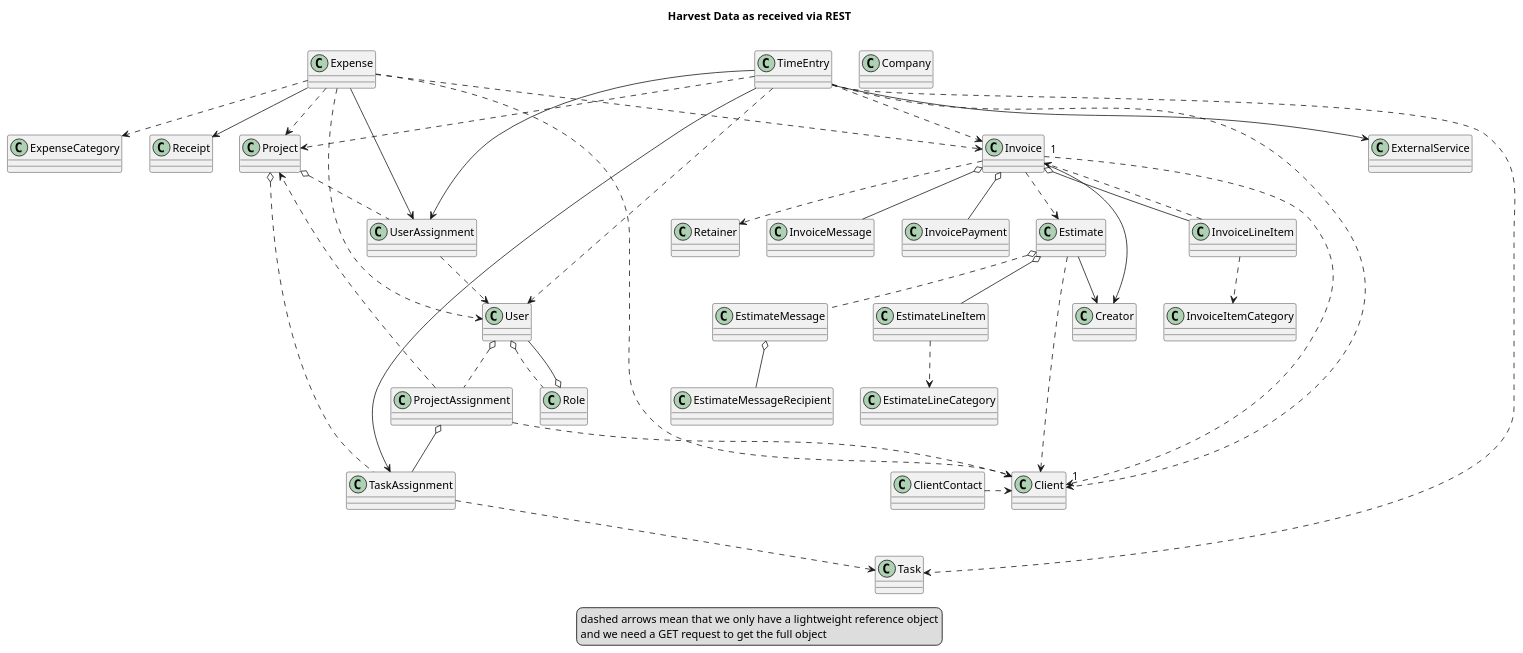
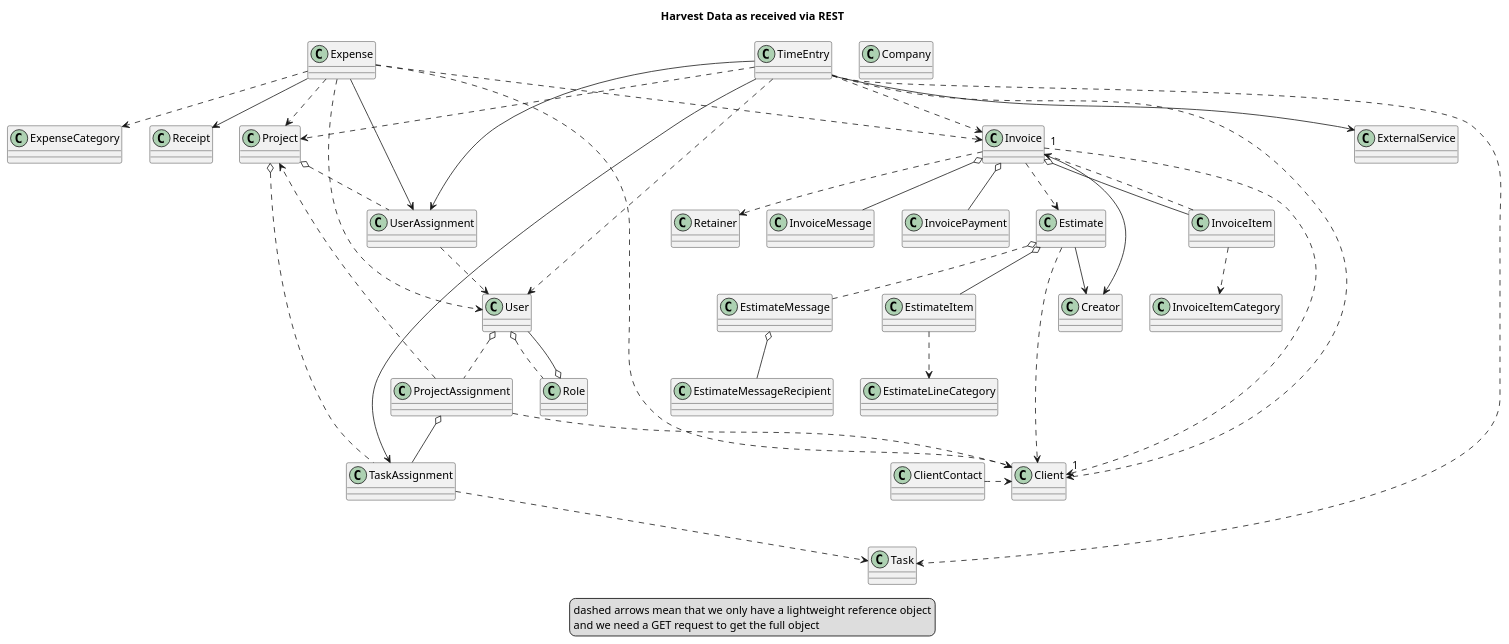
The diagram in design/rest_diagram_flat.png.puml (3AP-AG/harvest-client), drawn with PlantUML before and after one commit. The commit also changed 2 other files, not shown here.

Commit message:
update design uml with class changes

```diff
--- a/design/rest_diagram_flat.png.puml
+++ b/design/rest_diagram_flat.png.puml
@@ -1,69 +1,69 @@
 @startuml
 Title Harvest Data as received via REST
 class Company
 
 Invoice "1" ..> "1" Client
-Invoice o-- InvoiceLineItem
+Invoice o-- InvoiceItem
 Invoice ..> Estimate
 Invoice ..> Retainer
 Invoice --> Creator
 
-InvoiceLineItem ..> Invoice
-InvoiceLineItem ..> InvoiceItemCategory
+InvoiceItem ..> Invoice
+InvoiceItem ..> InvoiceItemCategory
 
 ' by endpoint
 Invoice o-- InvoiceMessage
 Invoice o-- InvoicePayment
 
 Expense ..> Client
 Expense ..> Project
 Expense ..> ExpenseCategory
 Expense ..> User
 Expense --> UserAssignment
 Expense --> Receipt
 Expense ..> Invoice
 
 Estimate ..> Client
-Estimate o-- EstimateLineItem
+Estimate o-- EstimateItem
 Estimate --> Creator
 
 ' by endpoint
 Estimate o.. EstimateMessage
 
-EstimateLineItem ..> EstimateLineCategory
+EstimateItem ..> EstimateLineCategory
 
 EstimateMessage o-- EstimateMessageRecipient
 
 UserAssignment ..> User
 
 TaskAssignment ..> Task
 
 ClientContact .> Client
 
 ProjectAssignment ..> Project
 ProjectAssignment ..> Client
 ProjectAssignment o-- TaskAssignment
 
 ' by endpoint
 Project o.. UserAssignment
 Project o.. TaskAssignment
 
 Role o-- User
 User o.. Role
 
 ' by endpoint
 User o.. ProjectAssignment
 
 TimeEntry ..> User
 TimeEntry --> UserAssignment
 TimeEntry ..>  Client
 TimeEntry ..> Project
 TimeEntry ..> Task
 TimeEntry --> TaskAssignment
 TimeEntry --> ExternalService
 TimeEntry ..> Invoice
 legend
 dashed arrows mean that we only have a lightweight reference object
 and we need a GET request to get the full object
 end legend
 @enduml
```
